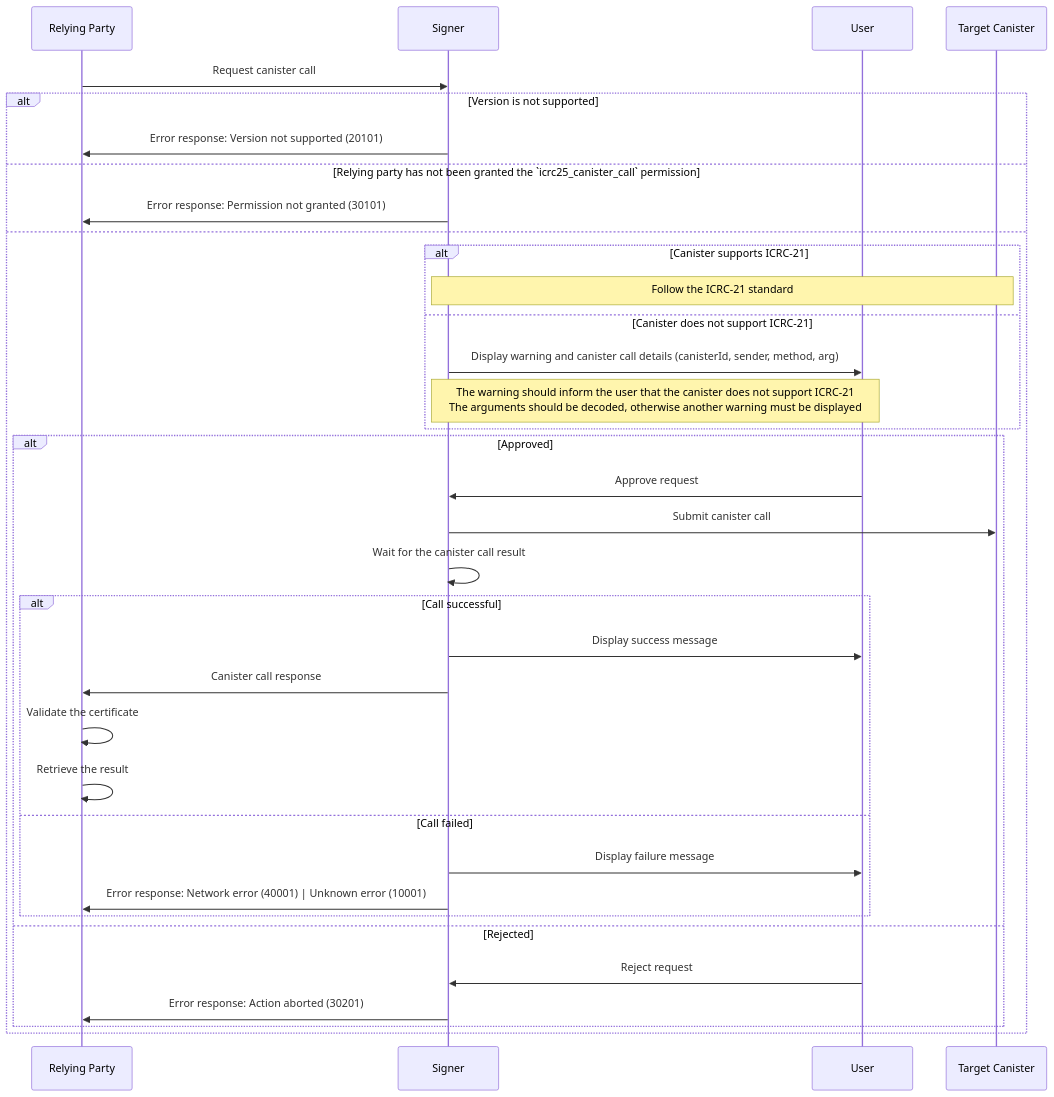
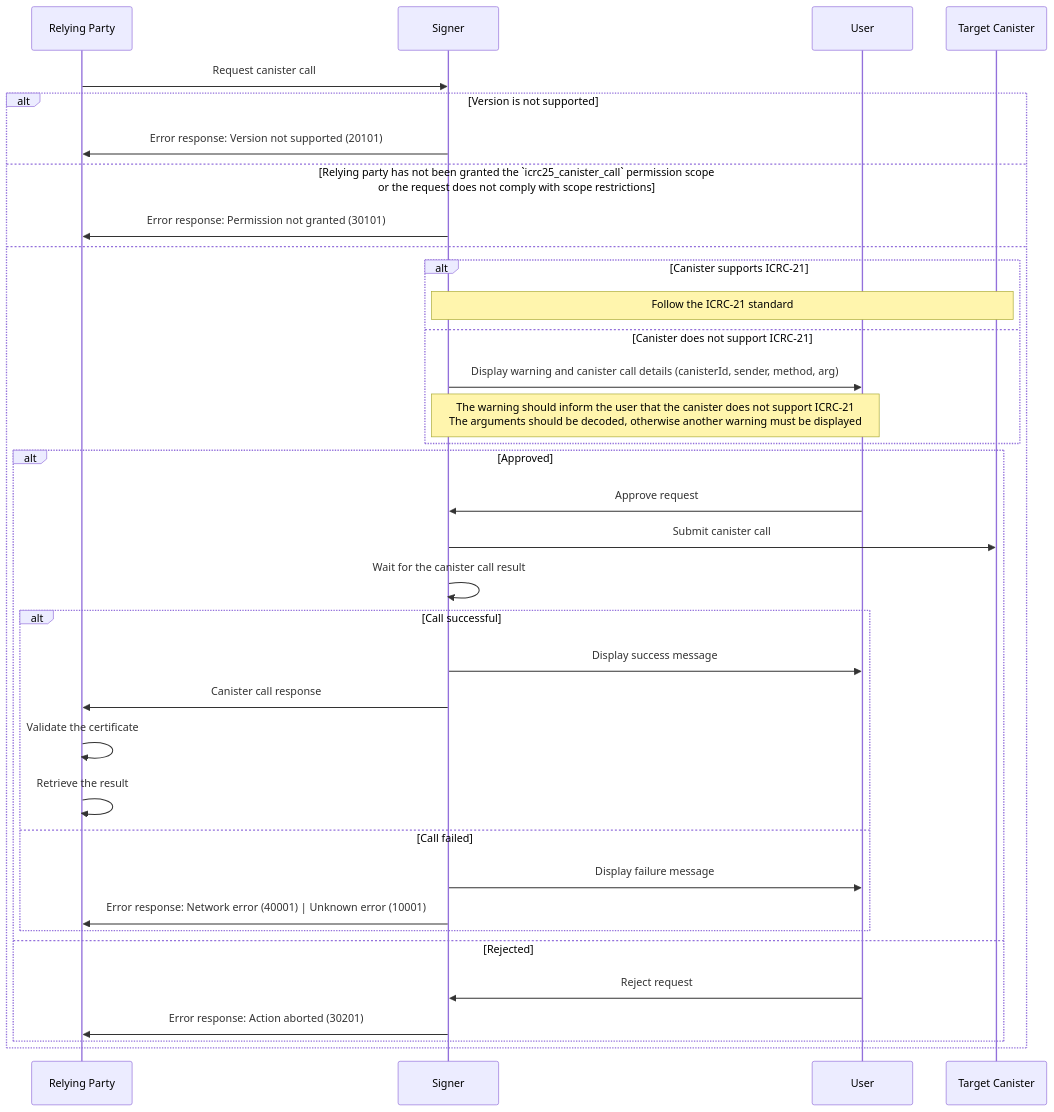
Before and after one commit to dfinity/wg-identity-authentication: the third of 4 diagrams in topics/icrc_25_signer_interaction_standard.md, drawn with Mermaid. The commit also changed other lines of this file, not shown here.

Commit message:
Define scope restrictions for icrc25_canister_call

````diff
--- a/topics/icrc_25_signer_interaction_standard.md
+++ b/topics/icrc_25_signer_interaction_standard.md
@@ -340,38 +353,38 @@
 ```mermaid
 sequenceDiagram
     participant RP as Relying Party
     participant S as Signer
     participant U as User
     participant C as Target Canister
 
     RP ->> S: Request canister call
     alt Version is not supported
         S ->> RP: Error response: Version not supported (20101)
-    else Relying party has not been granted the `icrc25_canister_call` permission
+    else Relying party has not been granted the `icrc25_canister_call` permission scope<br>or the request does not comply with scope restrictions
         S ->> RP: Error response: Permission not granted (30101)
     else
         alt Canister supports ICRC-21
             Note over S,C: Follow the ICRC-21 standard
         else Canister does not support ICRC-21
             S ->> U: Display warning and canister call details (canisterId, sender, method, arg)
             Note over S,U: The warning should inform the user that the canister does not support ICRC-21<br/>The arguments should be decoded, otherwise another warning must be displayed
         end
         alt Approved
             U ->> S: Approve request
             S ->> C: Submit canister call
             S ->> S: Wait for the canister call result
             alt Call successful
                 S ->> U: Display success message
                 S ->> RP: Canister call response
                 RP ->> RP: Validate the certificate
                 RP ->> RP: Retrieve the result
             else Call failed
                 S ->> U: Display failure message
                 S ->> RP: Error response: Network error (40001) | Unknown error (10001)
             end
         else Rejected
             U ->> S: Reject request
             S ->> RP: Error response: Action aborted (30201)
         end
     end
 ```
````
